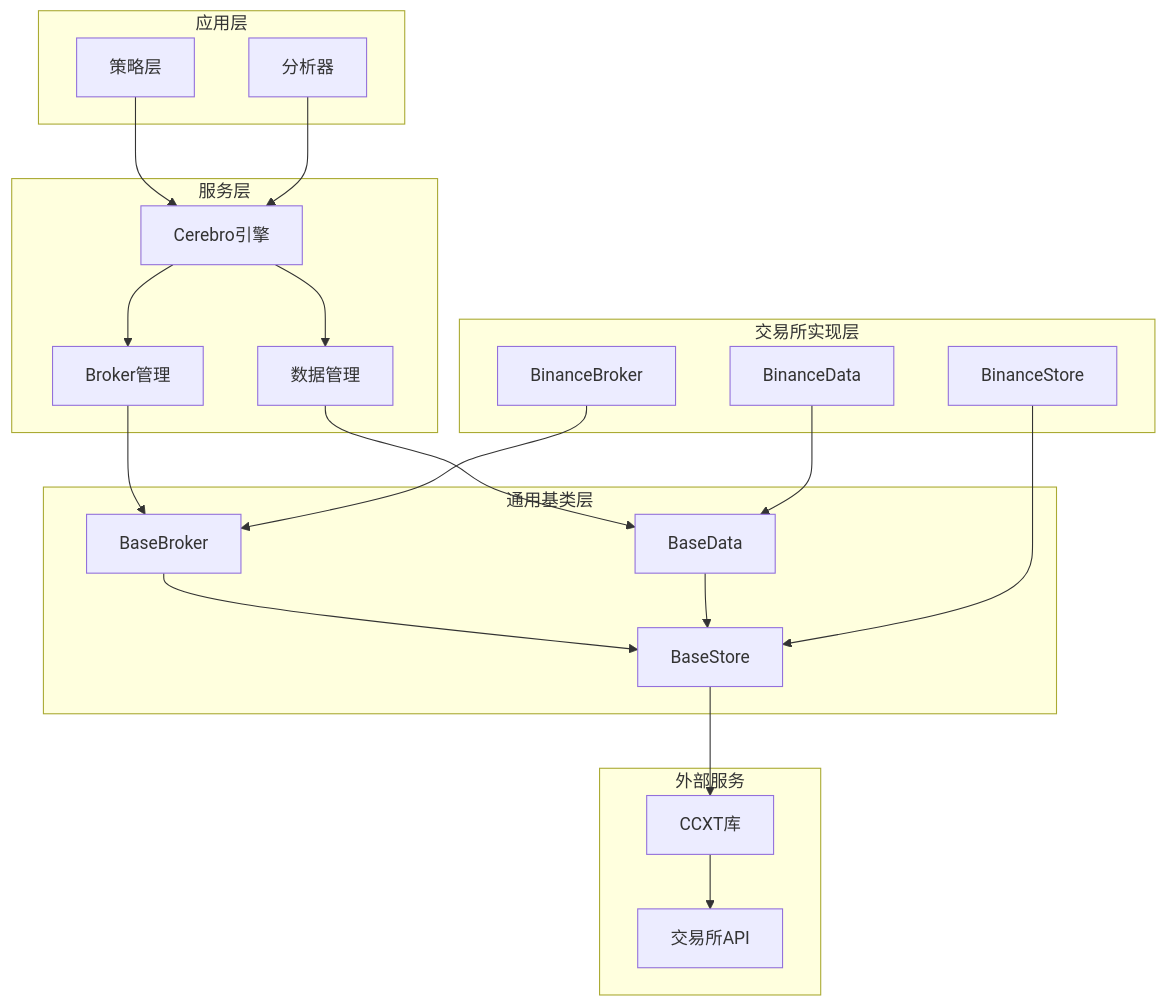
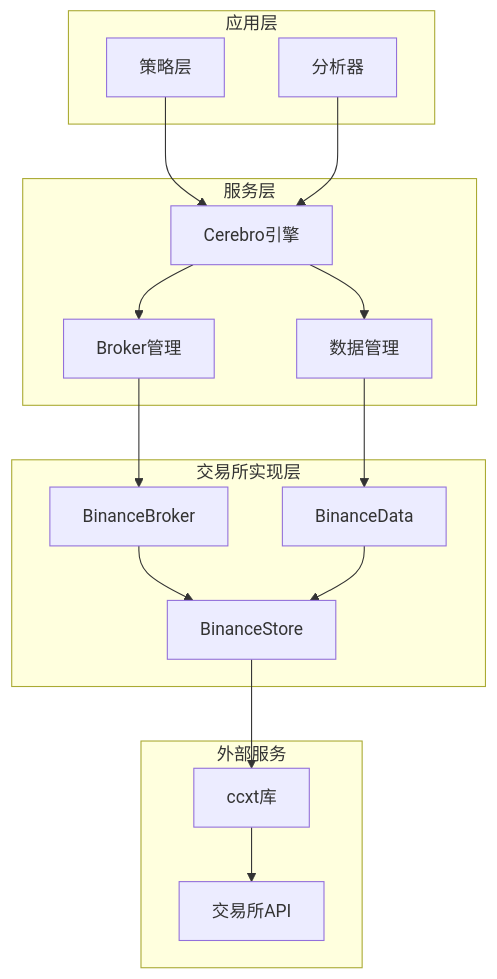
Before and after one commit to bench-prog/backtrader: the second of 7 diagrams in .qoder/repowiki/zh/content/实盘交易模块/Bybit交易所集成/Bybit交易所集成.md, drawn with Mermaid. The commit also changed other lines of this file and 23 other files, not shown here.

````diff
--- a/.qoder/repowiki/zh/content/实盘交易模块/Bybit交易所集成/Bybit交易所集成.md
+++ b/.qoder/repowiki/zh/content/实盘交易模块/Bybit交易所集成/Bybit交易所集成.md
@@ -161,39 +160,31 @@
 ```mermaid
 graph TB
 subgraph "应用层"
 A[策略层]
 B[分析器]
 end
 subgraph "服务层"
 C[Cerebro引擎]
 D[Broker管理]
 E[数据管理]
 end
-subgraph "通用基类层"
-F[BaseStore]
-G[BaseData]
-H[BaseBroker]
-end
 subgraph "交易所实现层"
-I[BinanceStore]
-J[BinanceData]
-K[BinanceBroker]
+F[BinanceStore]
+G[BinanceData]
+H[BinanceBroker]
 end
 subgraph "外部服务"
-L[CCXT库]
-M[交易所API]
+I[ccxt库]
+J[交易所API]
 end
 A --> C
 B --> C
 C --> D
 C --> E
 D --> H
 E --> G
 H --> F
 G --> F
-F --> L
-I --> F
-J --> G
-K --> H
-L --> M
+F --> I
+I --> J
 ```
````
